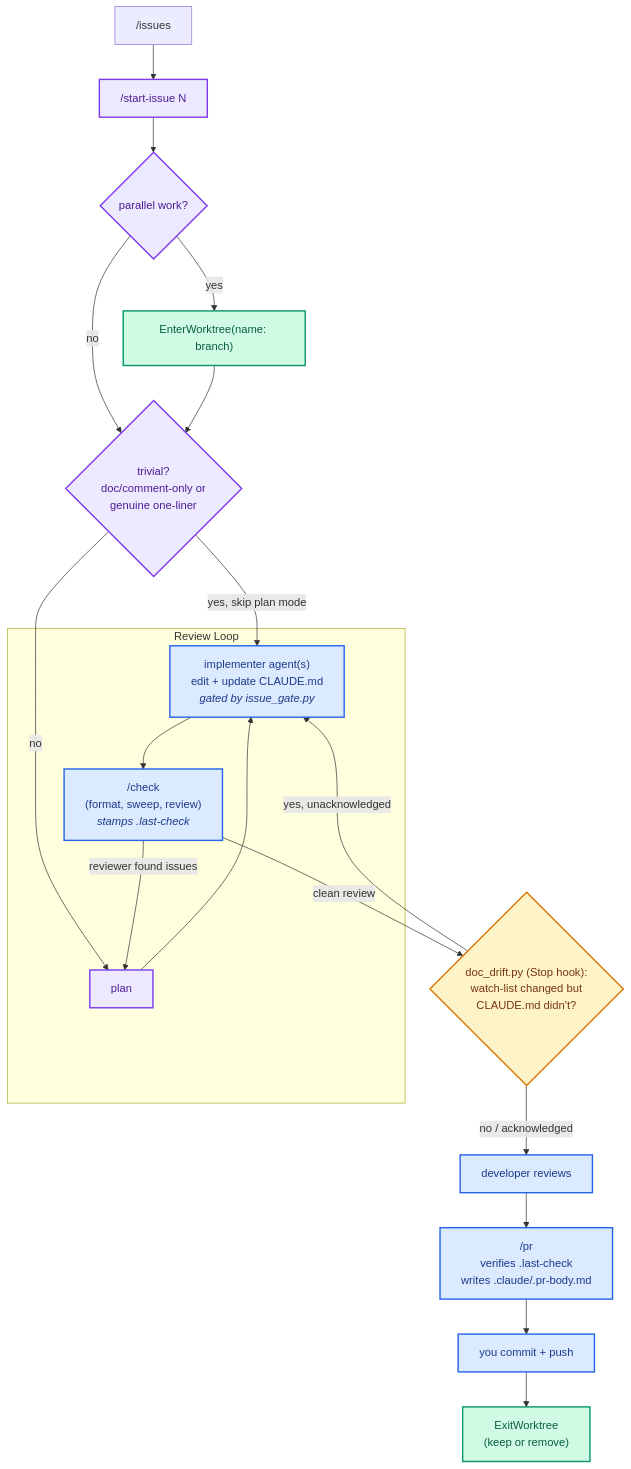
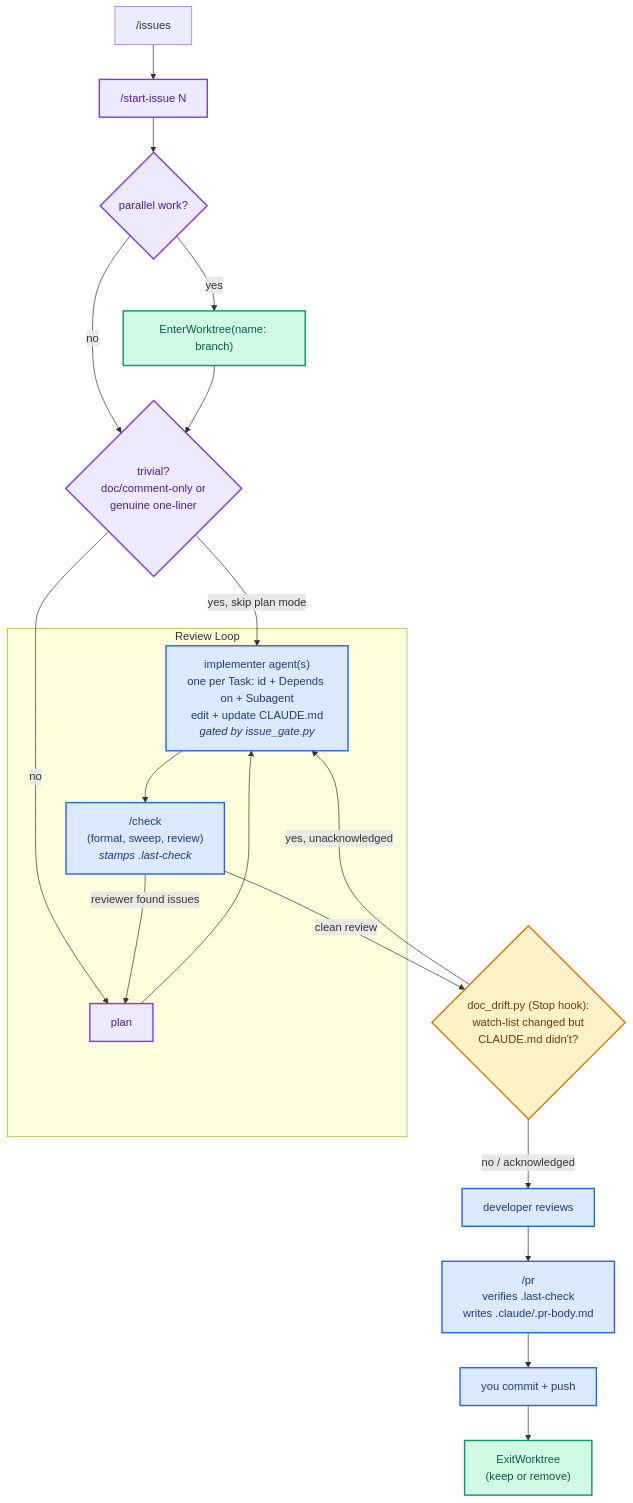
The diagram in .claude/WORKFLOW.md (C2-Games/roguelike), drawn with Mermaid before and after one commit. The commit also changed other lines of this file and 1 other file, not shown here.

First line of the commit message:
refactor: Structured task list with dependency and subagent markers in plan files (#182)

````diff
--- a/.claude/WORKFLOW.md
+++ b/.claude/WORKFLOW.md
@@ -117,35 +117,35 @@
 ```mermaid
 flowchart TD
     Issues["/issues"] --> StartIssue["/start-issue N"]
     StartIssue --> WorktreeCheck{"parallel work?"}
     WorktreeCheck -- "no" --> Trivial{"trivial?<br/>doc/comment-only or<br/>genuine one-liner"}
     WorktreeCheck -- "yes" --> EnterWT["EnterWorktree(name: branch)"]
     EnterWT --> Trivial
  
     Trivial -- "yes, skip plan mode" --> Implementer
     Trivial -- "no" --> Plan["plan"]
  
     subgraph Loop["Review Loop"]
-        Plan --> Implementer["implementer agent(s)<br/>edit + update CLAUDE.md<br/><i>gated by issue_gate.py</i>"]
+        Plan --> Implementer["implementer agent(s)<br/>one per Task: id + Depends on + Subagent<br/>edit + update CLAUDE.md<br/><i>gated by issue_gate.py</i>"]
         Implementer --> Check["/check<br/>(format, sweep, review)<br/><i>stamps .last-check</i>"]
         Check -- "reviewer found issues" --> Plan
     end
  
     Check -- "clean review" --> DocDrift{"doc_drift.py (Stop hook):<br/>watch-list changed but<br/>CLAUDE.md didn't?"}
     DocDrift -- "yes, unacknowledged" --> Implementer
     DocDrift -- "no / acknowledged" --> DevReview["developer reviews"]
  
     DevReview --> PR["/pr<br/>verifies .last-check<br/>writes .claude/.pr-body.md"]
     PR --> CommitPush["you commit + push"]
     CommitPush --> ExitWT["ExitWorktree<br/>(keep or remove)"]
  
     classDef planMode fill:#ede9fe,stroke:#7c3aed,stroke-width:2px,color:#4c1d95
     classDef autoMode fill:#dbeafe,stroke:#2563eb,stroke-width:2px,color:#1e3a8a
     classDef worktreeMode fill:#d1fae5,stroke:#059669,stroke-width:2px,color:#065f46
     classDef hookGate fill:#fef3c7,stroke:#d97706,stroke-width:2px,color:#78350f
  
     class StartIssue,Plan,WorktreeCheck,Trivial planMode
     class Implementer,Check,DevReview,PR,CommitPush autoMode
     class EnterWT,ExitWT worktreeMode
     class DocDrift hookGate
 ```
````
